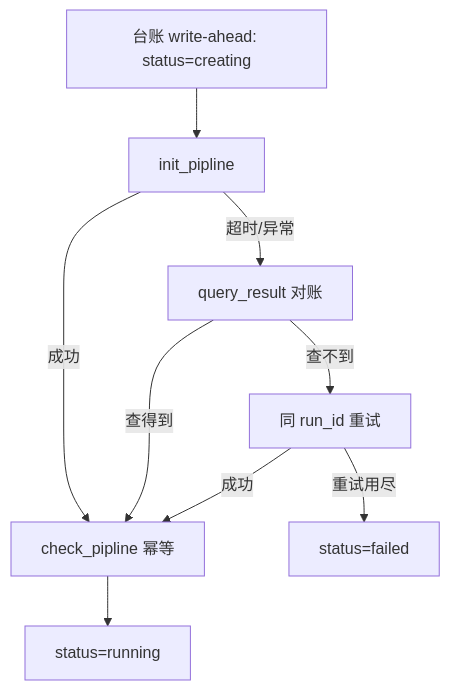
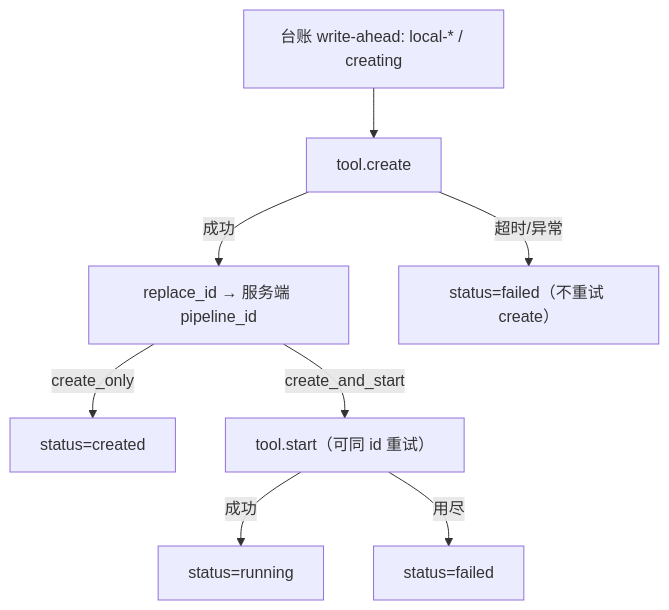
The fourth of 4 diagrams in docs/architecture.md (LuukkaToT/work_agent), drawn with Mermaid before and after one commit. The commit also changed other lines of this file and 28 other files, not shown here.

````diff
--- a/docs/architecture.md
+++ b/docs/architecture.md
@@ -141,11 +144,10 @@
 ```mermaid
 flowchart TD
-  W["台账 write-ahead: status=creating"] --> I["init_pipline"]
-  I -->|"成功"| C["check_pipline 幂等"]
-  I -->|"超时/异常"| Q["query_result 对账"]
-  Q -->|"查得到"| C
-  Q -->|"查不到"| R["同 run_id 重试"]
-  R -->|"成功"| C
-  R -->|"重试用尽"| F["status=failed"]
-  C --> OK["status=running"]
+  W["台账 write-ahead: local-* / creating"] --> C["tool.create"]
+  C -->|"成功"| R["replace_id → 服务端 pipeline_id"]
+  C -->|"超时/异常"| F["status=failed（不重试 create）"]
+  R -->|"create_only"| OK1["status=created"]
+  R -->|"create_and_start"| S["tool.start（可同 id 重试）"]
+  S -->|"成功"| OK2["status=running"]
+  S -->|"用尽"| F2["status=failed"]
 ```
````
